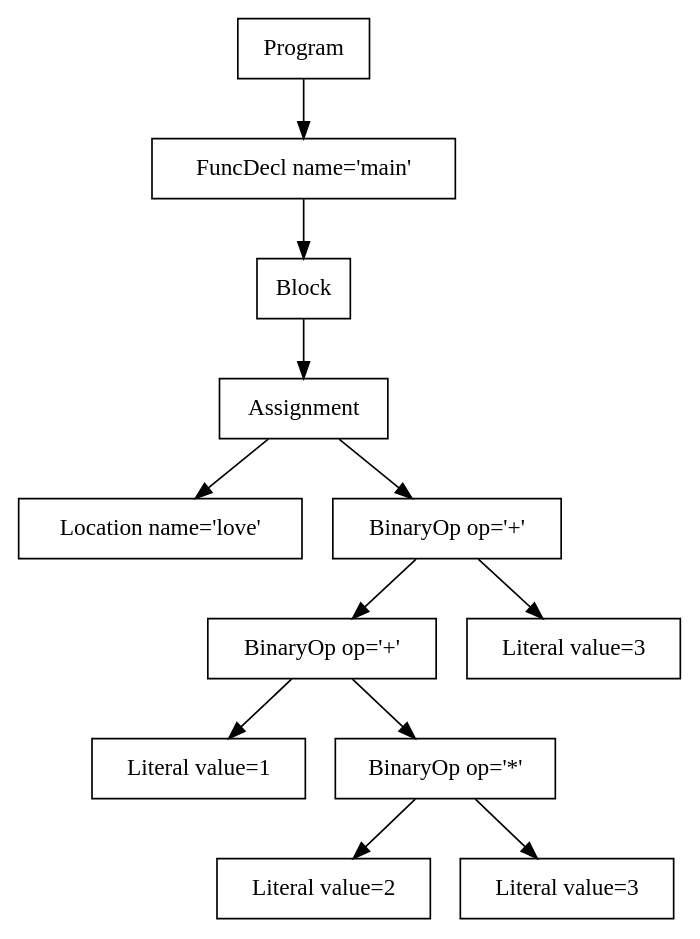
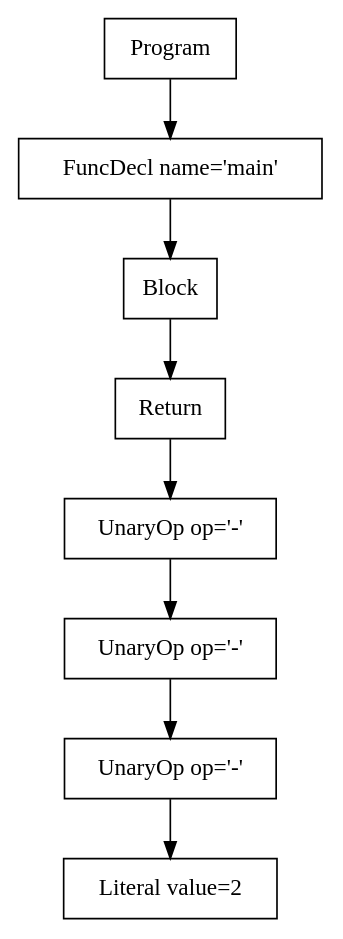
One commit to purejerome/cs432_project changed the diagram in p2-parser/tree.dot. Above: the diagram before and after it, drawn with Graphviz. The commit also changed 10 other files, not shown here.

```diff
--- a/p2-parser/tree.dot
+++ b/p2-parser/tree.dot
@@ -1,25 +1,17 @@
 digraph AST {
-4 [shape=box, label="Location name='love'"];
-7 [shape=box, label="Literal value=1"];
-9 [shape=box, label="Literal value=2"];
-10 [shape=box, label="Literal value=3"];
-8 [shape=box, label="BinaryOp op='*'"];
-8 -> 9;
-8 -> 10;
-6 [shape=box, label="BinaryOp op='+'"];
+7 [shape=box, label="Literal value=2"];
+6 [shape=box, label="UnaryOp op='-'"];
 6 -> 7;
-6 -> 8;
-11 [shape=box, label="Literal value=3"];
-5 [shape=box, label="BinaryOp op='+'"];
+5 [shape=box, label="UnaryOp op='-'"];
 5 -> 6;
-5 -> 11;
-3 [shape=box, label="Assignment"];
+4 [shape=box, label="UnaryOp op='-'"];
+4 -> 5;
+3 [shape=box, label="Return"];
 3 -> 4;
-3 -> 5;
 2 [shape=box, label="Block"];
 2 -> 3;
 1 [shape=box, label="FuncDecl name='main'"];
 1 -> 2;
 0 [shape=box, label="Program"];
 0 -> 1;
 }
```
